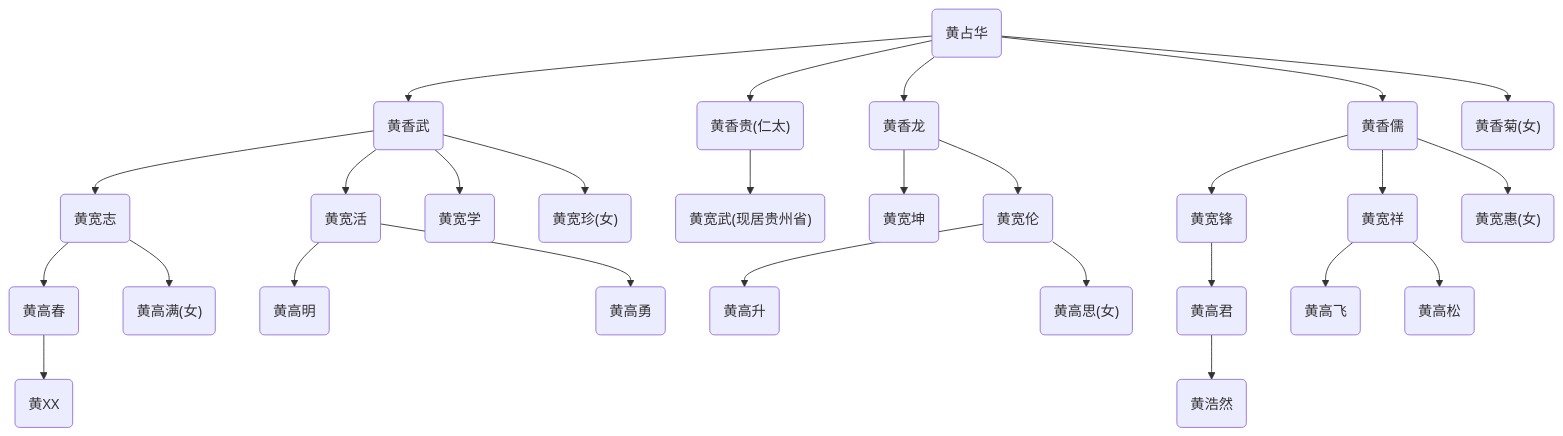
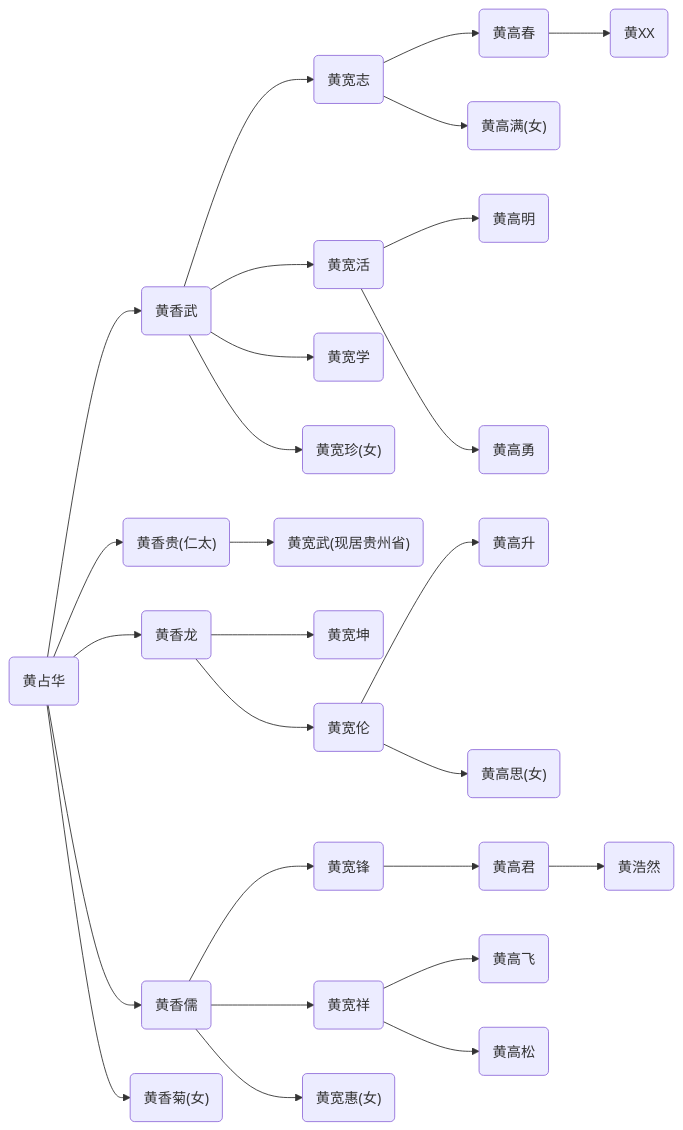
The second of 5 diagrams in contents/chapter3.md (jeanim/jiapu), drawn with Mermaid before and after one commit.

```diff
--- a/contents/chapter3.md
+++ b/contents/chapter3.md
@@ -84,29 +84,29 @@
 {% mermaid %}
-graph TD;
+graph LR;
   huangzhanhua("黄占华")-->huangxiangwu("黄香武");
   huangxiangwu("黄香武")-->huangkuanzhi("黄宽志");
   huangkuanzhi("黄宽志")-->huanggaochun("黄高春");
   huanggaochun("黄高春")-->huangxx("黄XX");
   huangkuanzhi("黄宽志")-->huanggaoman("黄高满(女)");
   huangxiangwu("黄香武")-->huangkuanhuo("黄宽活");
   huangkuanhuo("黄宽活")-->huanggaoming("黄高明");
   huangkuanhuo("黄宽活")-->huanggaoyong("黄高勇");
   huangxiangwu("黄香武")-->huangkuanxue("黄宽学");
   huangxiangwu("黄香武")-->huangkuanzhen("黄宽珍(女)");
   huangzhanhua("黄占华")-->huangxianggui("黄香贵(仁太)");
   huangxianggui("黄香贵(仁太)")-->huangkuanwu("黄宽武(现居贵州省)");
   huangzhanhua("黄占华")-->huangxianglong("黄香龙");
   huangxianglong("黄香龙")-->huangkuankun("黄宽坤");
   huangxianglong("黄香龙")-->huangkuanlun("黄宽伦");
   huangkuanlun("黄宽伦")-->huanggaosheng("黄高升");
   huangkuanlun("黄宽伦")-->huanggaosi("黄高思(女)");
   huangzhanhua("黄占华")-->huangxiangru("黄香儒");
   huangxiangru("黄香儒")-->huangkuanfeng("黄宽锋");
   huangkuanfeng("黄宽锋")-->huanggaojun("黄高君");
   huanggaojun("黄高君")-->huanghaoran("黄浩然");
   huangxiangru("黄香儒")-->huangkuanxiang("黄宽祥");
   huangkuanxiang("黄宽祥")-->huanggaofei("黄高飞");
   huangkuanxiang("黄宽祥")-->huanggaosong("黄高松");
   huangxiangru("黄香儒")-->huangkuanhui("黄宽惠(女)");
   huangzhanhua("黄占华")-->huangxiangju("黄香菊(女)");
 {% endmermaid %}
```
